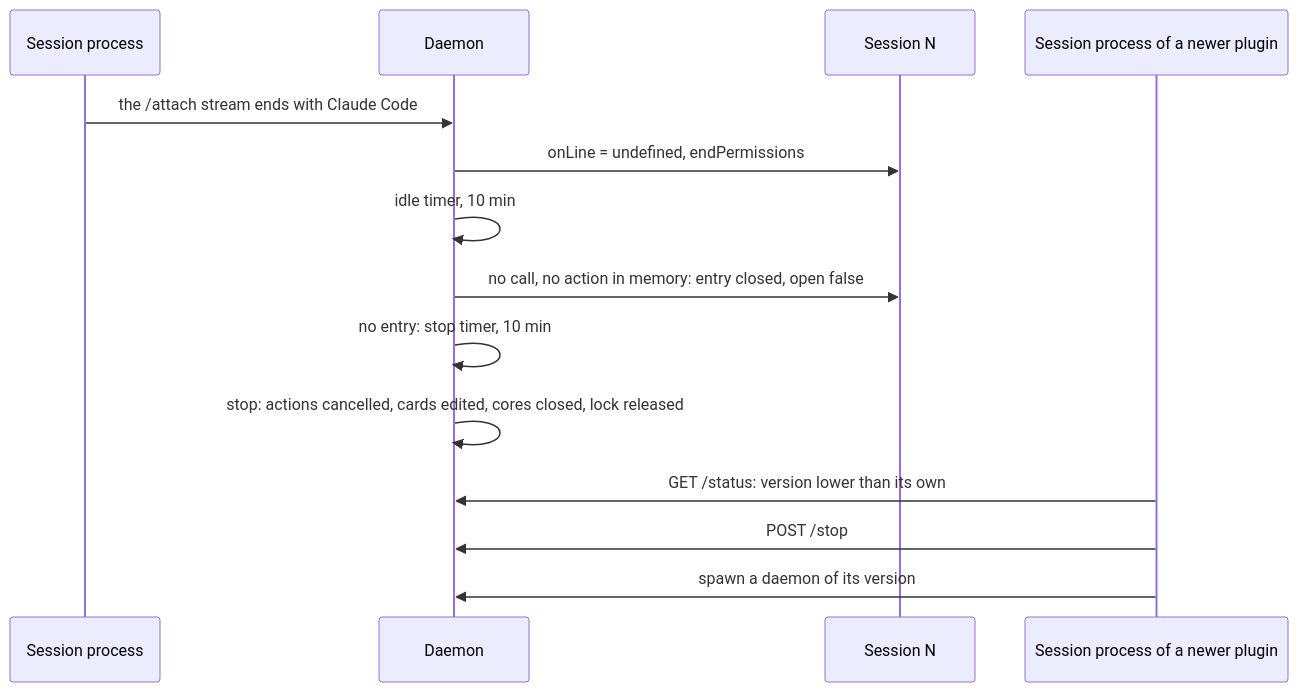
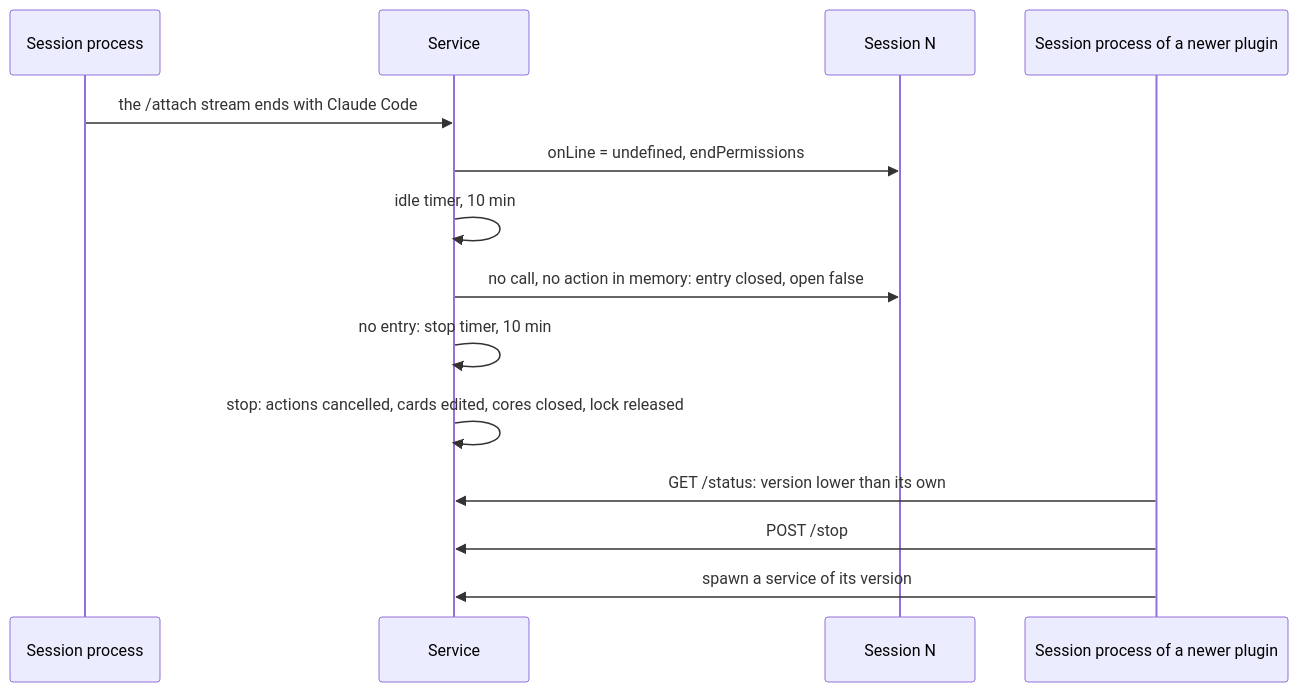
One commit to simplex-chat/simplex-chat changed diagram 26 of 30 in packages/simplex-chat-mcp/spec/flows.md. Above: the diagram before and after it, drawn with Mermaid. The commit also changed other lines of this file and 28 other files, not shown here.

Commit message:
mcp: rename the plugin's daemon to the service

````diff
--- a/packages/simplex-chat-mcp/spec/flows.md
+++ b/packages/simplex-chat-mcp/spec/flows.md
@@ -1129,16 +1129,16 @@
 ```mermaid
 sequenceDiagram
   participant S as Session process
-  participant D as Daemon
+  participant D as Service
   participant N as Session N
   participant S2 as Session process of a newer plugin
   S->>D: the /attach stream ends with Claude Code
   D->>N: onLine = undefined, endPermissions
   D->>D: idle timer, 10 min
   D->>N: no call, no action in memory: entry closed, open false
   D->>D: no entry: stop timer, 10 min
   D->>D: stop: actions cancelled, cards edited, cores closed, lock released
   S2->>D: GET /status: version lower than its own
   S2->>D: POST /stop
-  S2->>D: spawn a daemon of its version
+  S2->>D: spawn a service of its version
 ```
````
